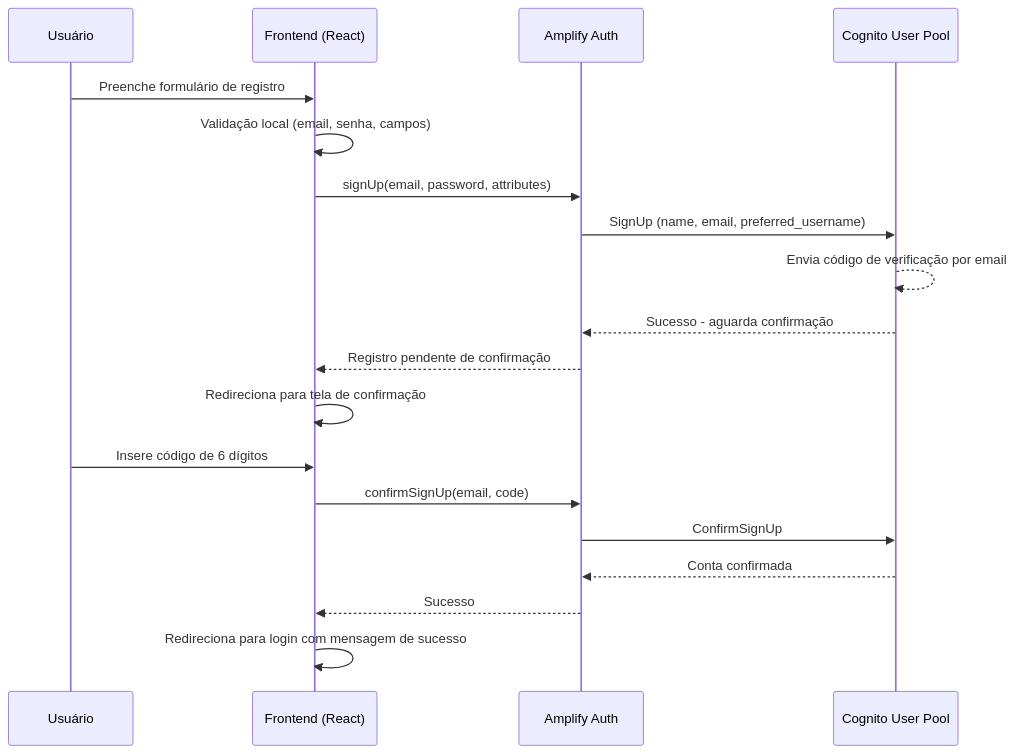
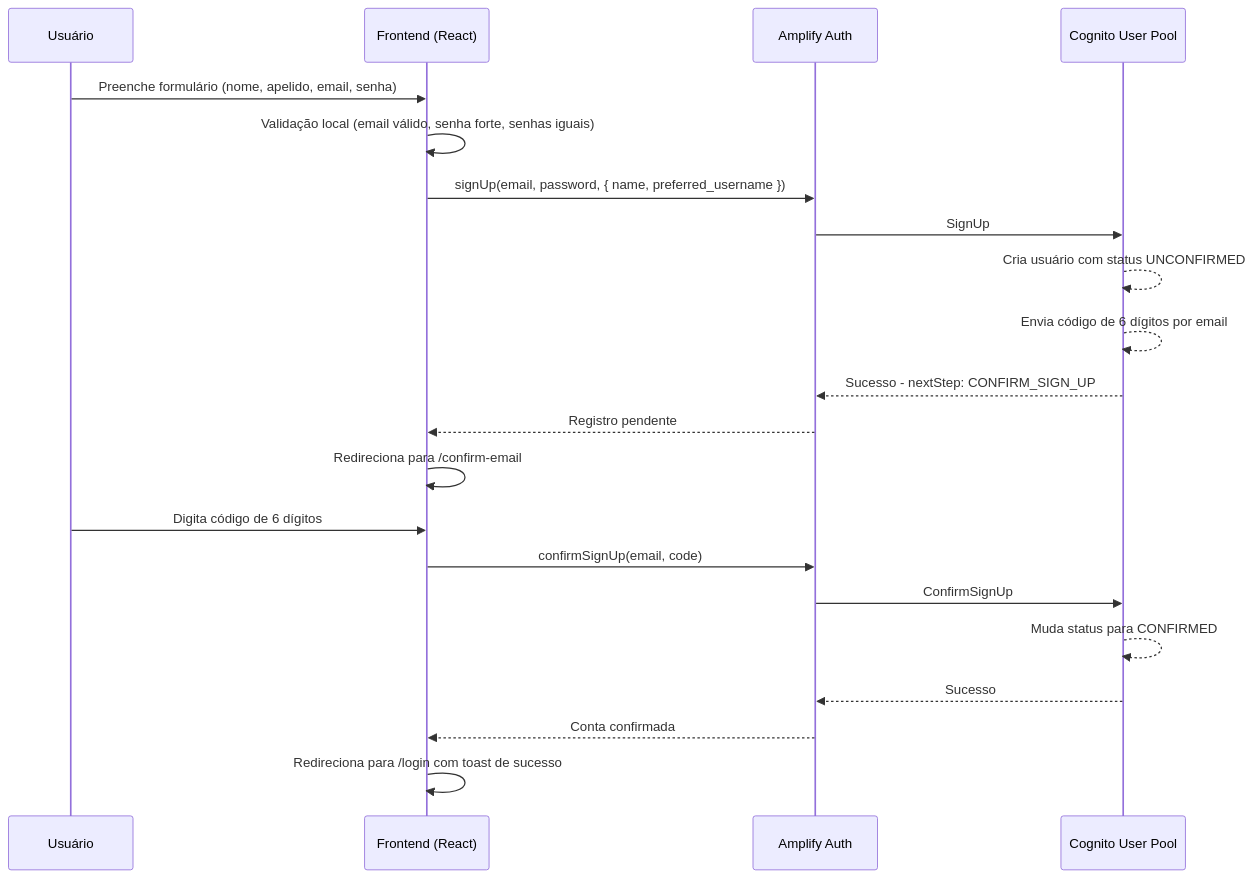
The second of 3 diagrams in ARQUITETURA.md (luizinhesta/Amazon-Cognito), drawn with Mermaid before and after one commit. The commit also changed other lines of this file and 2 other files, not shown here.

````diff
--- a/ARQUITETURA.md
+++ b/ARQUITETURA.md
@@ -207,22 +159,25 @@
 ```mermaid
 sequenceDiagram
     participant U as Usuário
     participant F as Frontend (React)
     participant A as Amplify Auth
     participant C as Cognito User Pool
 
-    U->>F: Preenche formulário de registro
-    F->>F: Validação local (email, senha, campos)
-    F->>A: signUp(email, password, attributes)
-    A->>C: SignUp (name, email, preferred_username)
-    C-->>C: Envia código de verificação por email
-    C-->>A: Sucesso - aguarda confirmação
-    A-->>F: Registro pendente de confirmação
-    F->>F: Redireciona para tela de confirmação
-    U->>F: Insere código de 6 dígitos
+    U->>F: Preenche formulário (nome, apelido, email, senha)
+    F->>F: Validação local (email válido, senha forte, senhas iguais)
+    F->>A: signUp(email, password, { name, preferred_username })
+    A->>C: SignUp
+    C-->>C: Cria usuário com status UNCONFIRMED
+    C-->>C: Envia código de 6 dígitos por email
+    C-->>A: Sucesso - nextStep: CONFIRM_SIGN_UP
+    A-->>F: Registro pendente
+    F->>F: Redireciona para /confirm-email
+
+    U->>F: Digita código de 6 dígitos
     F->>A: confirmSignUp(email, code)
     A->>C: ConfirmSignUp
-    C-->>A: Conta confirmada
-    A-->>F: Sucesso
-    F->>F: Redireciona para login com mensagem de sucesso
+    C-->>C: Muda status para CONFIRMED
+    C-->>A: Sucesso
+    A-->>F: Conta confirmada
+    F->>F: Redireciona para /login com toast de sucesso
 ```
````
